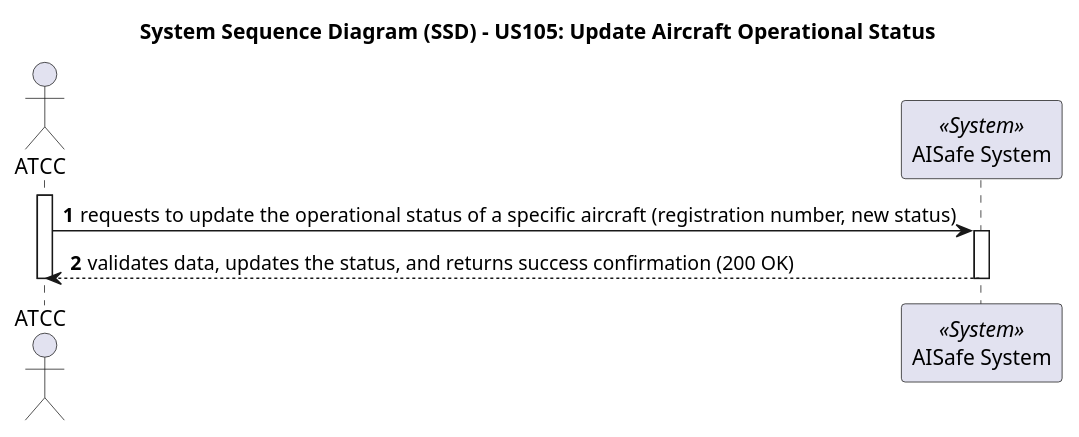
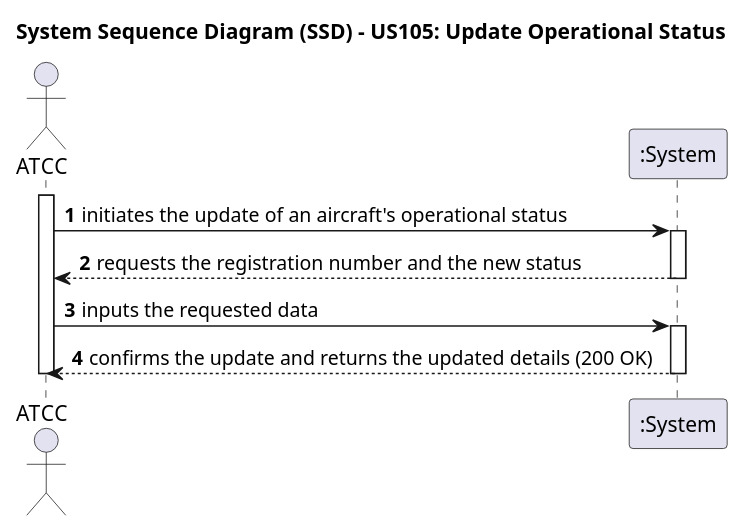
The diagram in docs/use-cases/WP#1A/US105/puml/US105-SSD.puml (Andre-1240567/psoft2026_2DB_1240567_1241013_1240624), drawn with PlantUML before and after one commit. The commit also changed 21 other files, not shown here.

```diff
--- a/docs/use-cases/WP#1A/US105/puml/US105-SSD.puml
+++ b/docs/use-cases/WP#1A/US105/puml/US105-SSD.puml
@@ -1,17 +1,19 @@
-@startuml SSD_US105
+@startuml US105-SSD
 autonumber
-title System Sequence Diagram (SSD) - US105: Update Aircraft Operational Status
+title System Sequence Diagram (SSD) - US105: Update Operational Status
 
 actor "ATCC" as Actor
-participant "AISafe System" as System <<System>>
+participant ":System" as System
 
 activate Actor
-
-Actor -> System: requests to update the operational status of a specific aircraft (registration number, new status)
+Actor -> System: initiates the update of an aircraft's operational status
 activate System
-
-System --> Actor: validates data, updates the status, and returns success confirmation (200 OK)
+System --> Actor: requests the registration number and the new status
 deactivate System
 
+Actor -> System: inputs the requested data
+activate System
+System --> Actor: confirms the update and returns the updated details (200 OK)
+deactivate System
 deactivate Actor
 @enduml
```
